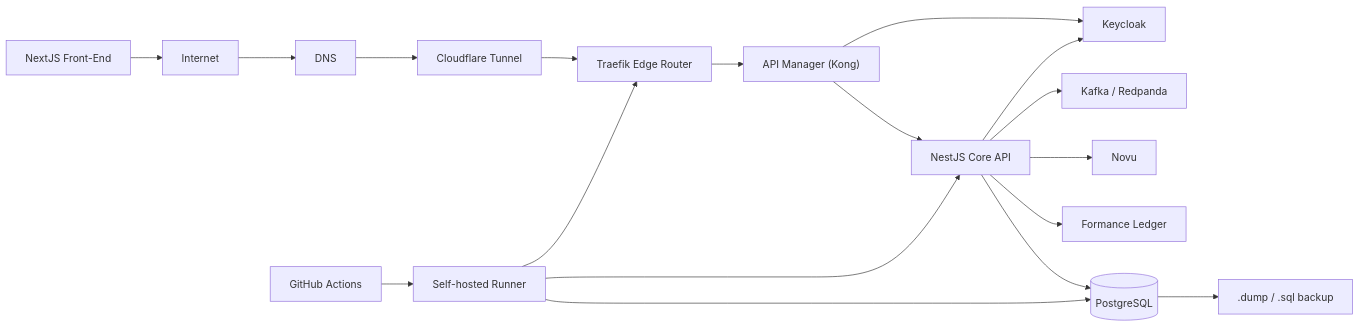
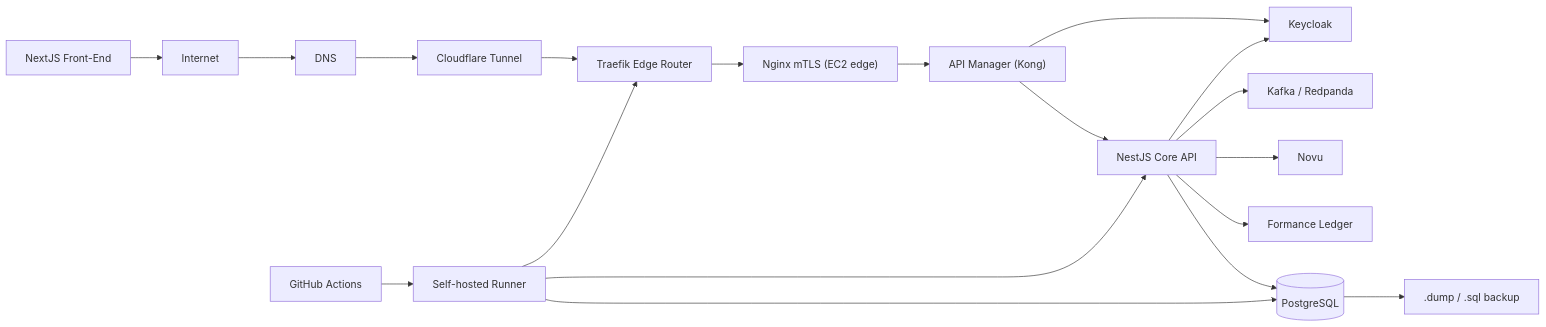
One commit to Juanjose190/reconciliation-engine changed the diagram in docs/platform-architecture.md. Above: the diagram before and after it, drawn with Mermaid. The commit also changed other lines of this file and 21 other files, not shown here.

````diff
--- a/docs/platform-architecture.md
+++ b/docs/platform-architecture.md
@@ -5,21 +5,22 @@
 ```mermaid
 flowchart LR
   Frontend["NextJS Front-End"] --> Internet["Internet"]
   Internet --> DNS["DNS"]
   DNS --> Tunnel["Cloudflare Tunnel"]
   Tunnel --> Traefik["Traefik Edge Router"]
-  Traefik --> Gateway["API Manager (Kong)"]
+  Traefik --> Nginx["Nginx mTLS (EC2 edge)"]
+  Nginx --> Gateway["API Manager (Kong)"]
   Gateway --> Core["NestJS Core API"]
 
   Gateway --> Keycloak["Keycloak"]
   Core --> Keycloak
   Core --> Kafka["Kafka / Redpanda"]
   Core --> Novu["Novu"]
   Core --> Formance["Formance Ledger"]
   Core --> Postgres[("PostgreSQL")]
   Postgres --> Dump[".dump / .sql backup"]
   GitHub["GitHub Actions"] --> Runner["Self-hosted Runner"]
   Runner --> Core
   Runner --> Traefik
   Runner --> Postgres
 ```
````
